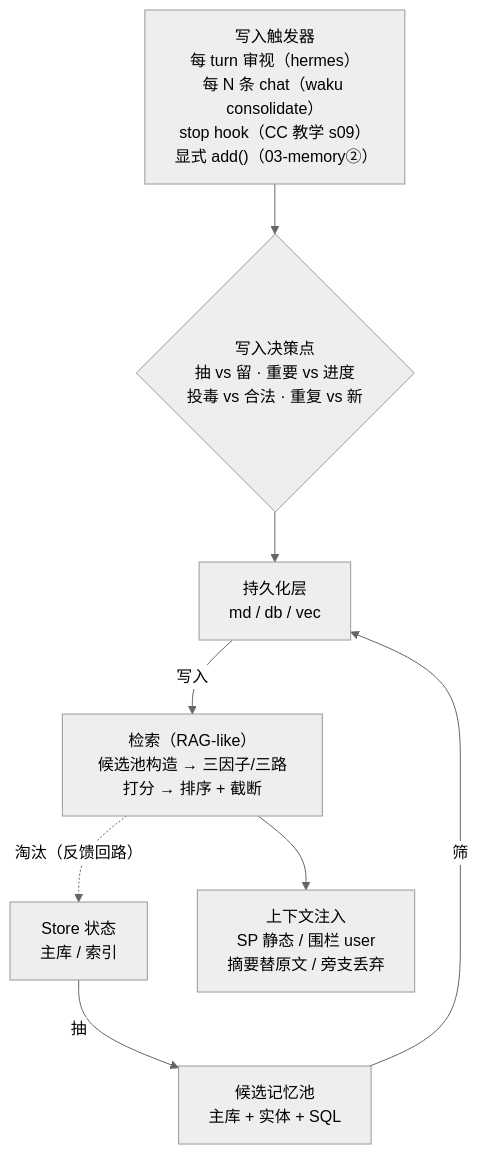
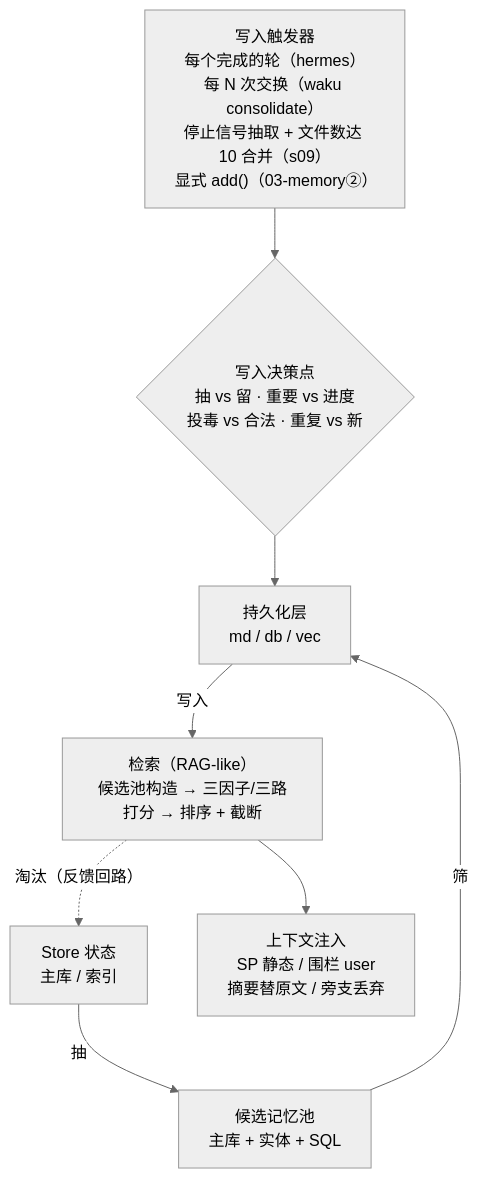
One commit to Trampoline811/ai-engineer-roadmap changed the first of 4 diagrams in 00-我的深度整合专题/Agent面试5日冲刺/提纯精读/P2-记忆实现对照提纯.md. Above: the diagram before and after it, drawn with Mermaid (neutral theme). The commit also changed other lines of this file and 4 other files, not shown here.

````diff
--- a/00-我的深度整合专题/Agent面试5日冲刺/提纯精读/P2-记忆实现对照提纯.md
+++ b/00-我的深度整合专题/Agent面试5日冲刺/提纯精读/P2-记忆实现对照提纯.md
@@ -200,10 +227,10 @@
 ```mermaid
 flowchart TD
-    T["写入触发器<br/>每 turn 审视（hermes）<br/>每 N 条 chat（waku consolidate）<br/>stop hook（CC 教学 s09）<br/>显式 add()（03-memory②）"] --> D{"写入决策点<br/>抽 vs 留 · 重要 vs 进度<br/>投毒 vs 合法 · 重复 vs 新"}
+    T["写入触发器<br/>每个完成的轮（hermes）<br/>每 N 次交换（waku consolidate）<br/>停止信号抽取 + 文件数达 10 合并（s09）<br/>显式 add()（03-memory②）"] --> D{"写入决策点<br/>抽 vs 留 · 重要 vs 进度<br/>投毒 vs 合法 · 重复 vs 新"}
     ST["Store 状态<br/>主库 / 索引"] -->|"抽"| P["候选记忆池<br/>主库 + 实体 + SQL"]
     P -->|"筛"| L["持久化层<br/>md / db / vec"]
     D --> L
     L -->|"写入"| R["检索（RAG-like）<br/>候选池构造 → 三因子/三路打分 → 排序 + 截断"]
     R -.->|"淘汰（反馈回路）"| ST
     R --> C["上下文注入<br/>SP 静态 / 围栏 user<br/>摘要替原文 / 旁支丢弃"]
 ```
````
